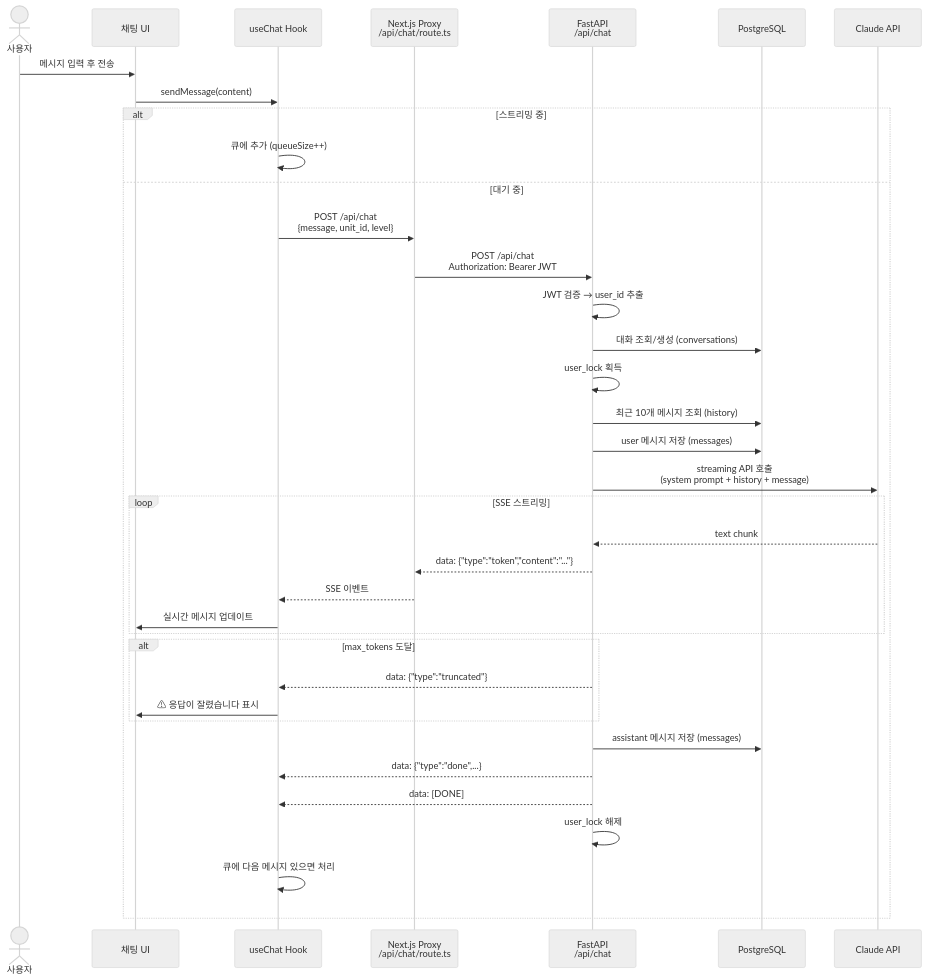
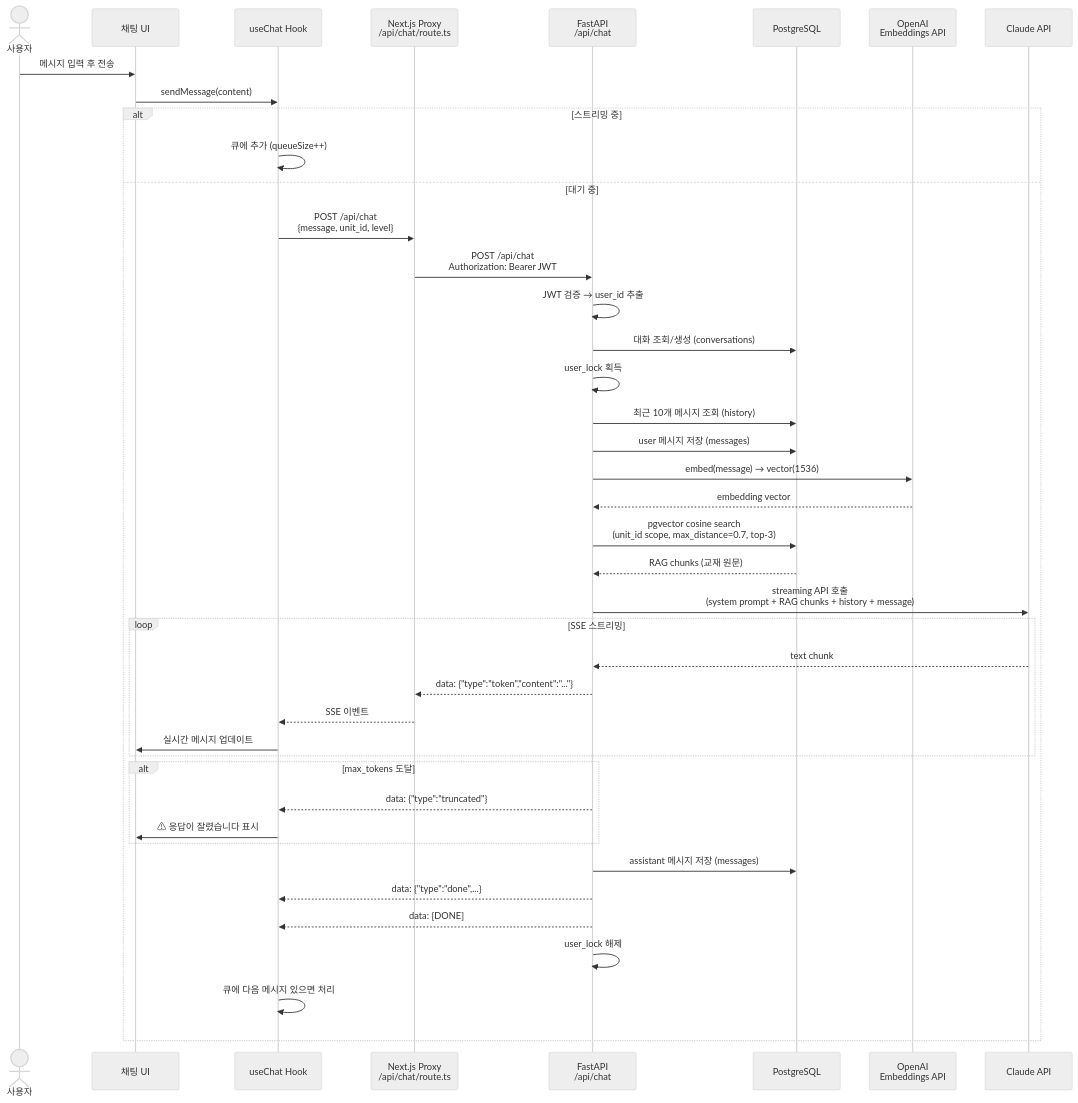
One commit to JayKim88/lingua-rag changed the third of 4 diagrams in README.md. Above: the diagram before and after it, drawn with Mermaid (neutral theme). The commit also changed other lines of this file, not shown here.

First line of the commit message:
docs(readme): reflect v0.2 RAG pipeline additions

````diff
--- a/README.md
+++ b/README.md
@@ -108,46 +116,52 @@
 ```mermaid
 sequenceDiagram
     actor User as 사용자
     participant UI as 채팅 UI
     participant Hook as useChat Hook
     participant Proxy as Next.js Proxy<br/>/api/chat/route.ts
     participant API as FastAPI<br/>/api/chat
     participant DB as PostgreSQL
+    participant OAI as OpenAI<br/>Embeddings API
     participant LLM as Claude API
 
     User->>UI: 메시지 입력 후 전송
     UI->>Hook: sendMessage(content)
 
     alt 스트리밍 중
         Hook->>Hook: 큐에 추가 (queueSize++)
     else 대기 중
         Hook->>Proxy: POST /api/chat<br/>{message, unit_id, level}
         Proxy->>API: POST /api/chat<br/>Authorization: Bearer JWT
         API->>API: JWT 검증 → user_id 추출
         API->>DB: 대화 조회/생성 (conversations)
         API->>API: user_lock 획득
         API->>DB: 최근 10개 메시지 조회 (history)
         API->>DB: user 메시지 저장 (messages)
 
-        API->>LLM: streaming API 호출<br/>(system prompt + history + message)
+        API->>OAI: embed(message) → vector(1536)
+        OAI-->>API: embedding vector
+        API->>DB: pgvector cosine search<br/>(unit_id scope, max_distance=0.7, top-3)
+        DB-->>API: RAG chunks (교재 원문)
+
+        API->>LLM: streaming API 호출<br/>(system prompt + RAG chunks + history + message)
 
         loop SSE 스트리밍
             LLM-->>API: text chunk
             API-->>Proxy: data: {"type":"token","content":"..."}
             Proxy-->>Hook: SSE 이벤트
             Hook->>UI: 실시간 메시지 업데이트
         end
 
         alt max_tokens 도달
             API-->>Hook: data: {"type":"truncated"}
             Hook->>UI: ⚠ 응답이 잘렸습니다 표시
         end
 
         API->>DB: assistant 메시지 저장 (messages)
         API-->>Hook: data: {"type":"done",...}
         API-->>Hook: data: [DONE]
         API->>API: user_lock 해제
 
         Hook->>Hook: 큐에 다음 메시지 있으면 처리
     end
 ```
````
